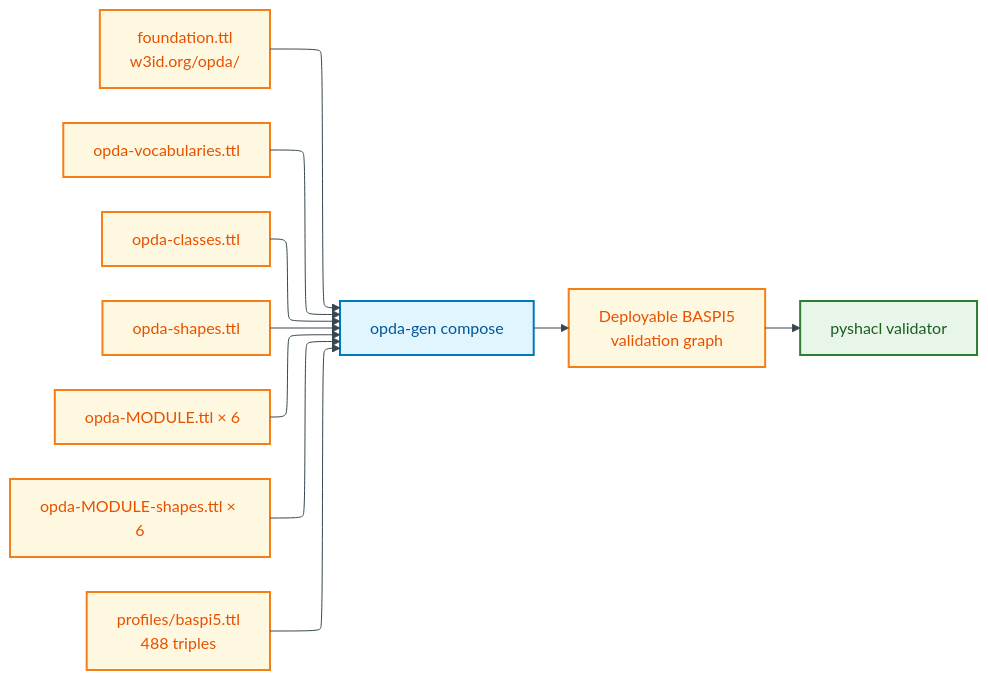
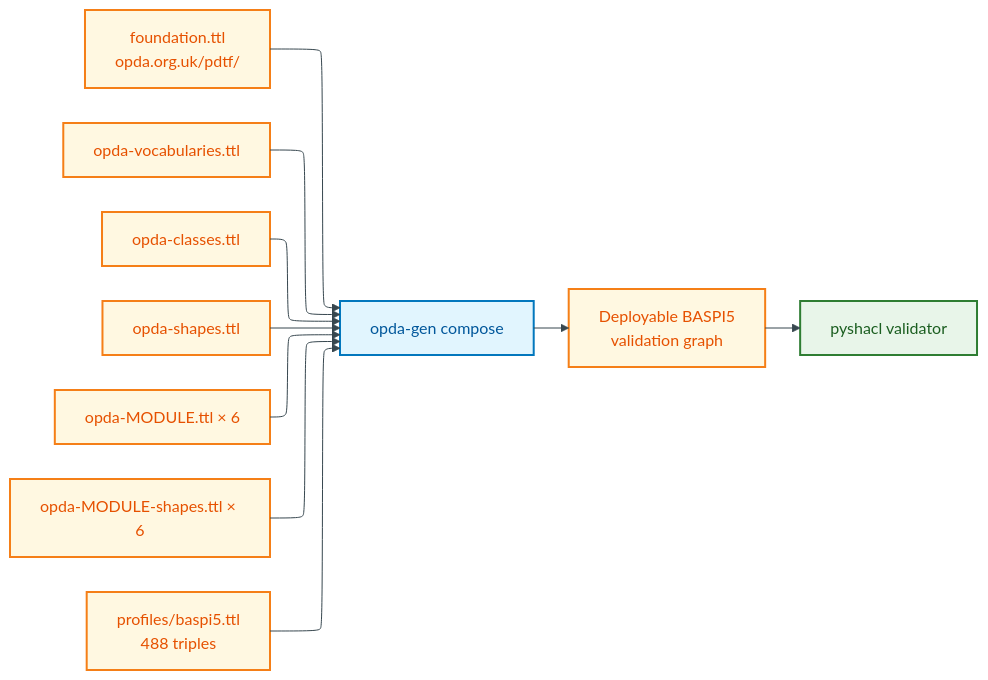
One commit to sparkling/opda changed the first of 2 diagrams in docs/manual/physical-database/overlay-deployment/baspi5.md. Above: the diagram before and after it, drawn with Mermaid. The commit also changed other lines of this file and 98 other files, not shown here.

First line of the commit message:
docs: migrate live IRI references to opda.org.uk/pdtf scheme (swarm)

````diff
--- a/docs/manual/physical-database/overlay-deployment/baspi5.md
+++ b/docs/manual/physical-database/overlay-deployment/baspi5.md
@@ -45,37 +45,37 @@
 ```mermaid
 ---
 config:
   layout: elk
   elk:
     mergeEdges: false
     nodePlacementStrategy: BRANDES_KOEPF
 ---
 %%{init: {"theme": "base", "themeVariables": {"primaryColor": "#FFF8E1", "primaryTextColor": "#E65100", "primaryBorderColor": "#F57F17", "lineColor": "#37474F"}}}%%
 flowchart LR
     accTitle: BASPI5 deployable composition
     accDescr: Shows how the BASPI5 profile composes over the foundation vocabularies classes shapes and module-shape graphs to produce a deployable validation graph for pyshacl.
 
     classDef data fill:#FFF8E1,stroke:#F57F17,stroke-width:2px,color:#E65100
     classDef process fill:#E1F5FE,stroke:#0277BD,stroke-width:2px,color:#01579B
     classDef service fill:#E8F5E9,stroke:#2E7D32,stroke-width:2px,color:#1B5E20
 
-    foundation["foundation.ttl<br/>w3id.org/opda/"]:::data
+    foundation["foundation.ttl<br/>opda.org.uk/pdtf/"]:::data
     vocabularies["opda-vocabularies.ttl"]:::data
     classes["opda-classes.ttl"]:::data
     shapesf["opda-shapes.ttl"]:::data
     moduleclasses["opda-MODULE.ttl × 6"]:::data
     moduleshapes["opda-MODULE-shapes.ttl × 6"]:::data
     baspi5["profiles/baspi5.ttl<br/>488 triples"]:::data
     composer["opda-gen compose"]:::process
     output["Deployable BASPI5<br/>validation graph"]:::data
     pyshacl["pyshacl validator"]:::service
     foundation --> composer
     vocabularies --> composer
     classes --> composer
     shapesf --> composer
     moduleclasses --> composer
     moduleshapes --> composer
     baspi5 --> composer
     composer --> output
     output --> pyshacl
 ```
````
